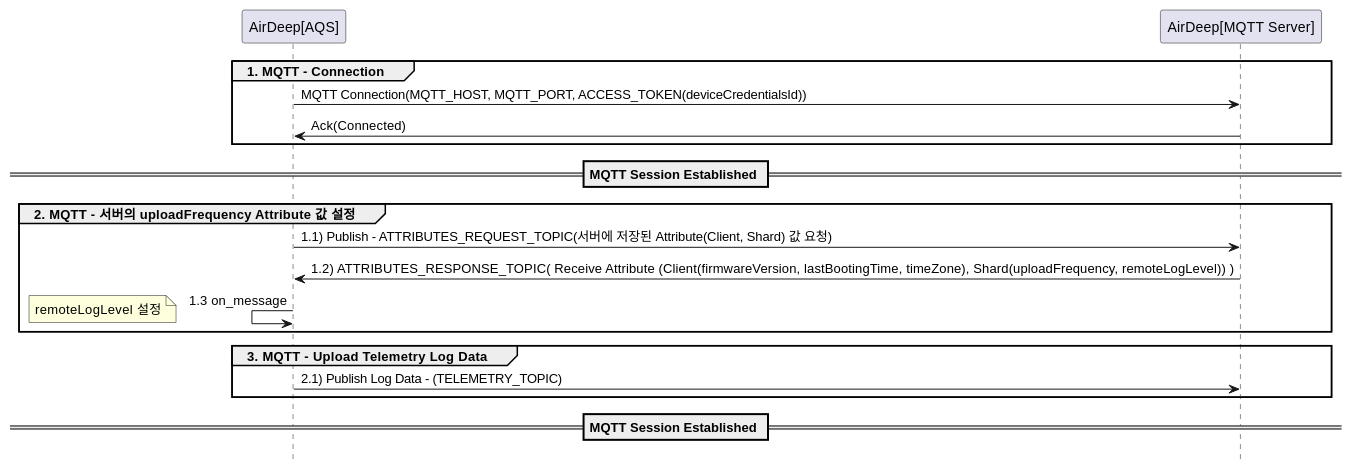
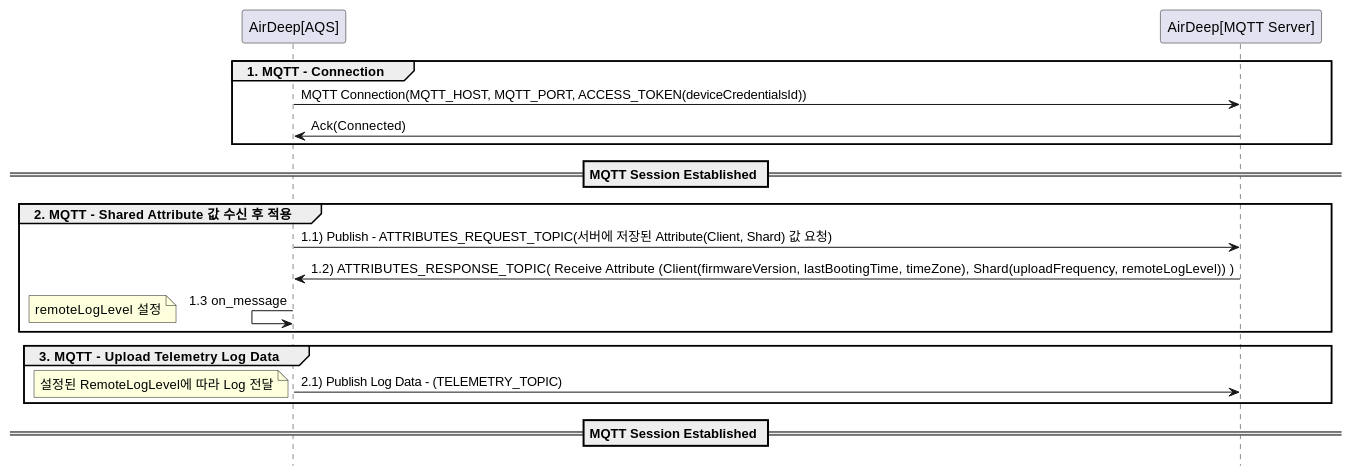
Before and after one commit to RTdataLab/DE-ADeep-API-Guide: the diagram in docs/MQTT-API-3.UploadTelemetryLogData.md, drawn with PlantUML. The commit also changed other lines of this file and 4 other files, not shown here.

````diff
--- a/docs/MQTT-API-3.UploadTelemetryLogData.md
+++ b/docs/MQTT-API-3.UploadTelemetryLogData.md
@@ -63,26 +64,27 @@
    ```plantuml
    @startuml
      participant "AirDeep[AQS]" order 1
      participant "AirDeep[MQTT Server]" order 2
      hide footbox
 
      group 1. MQTT - Connection
       "AirDeep[AQS]" -> "AirDeep[MQTT Server]" : MQTT Connection(MQTT_HOST, MQTT_PORT, ACCESS_TOKEN(deviceCredentialsId))
       "AirDeep[AQS]" <- "AirDeep[MQTT Server]"  : Ack(Connected)
      end
 
      == MQTT Session Established ==
-     group 2. MQTT - 서버의 uploadFrequency Attribute 값 설정 
+     group 2. MQTT - Shared Attribute 값 수신 후 적용
      "AirDeep[AQS]" -> "AirDeep[MQTT Server]" : 1.1) Publish - ATTRIBUTES_REQUEST_TOPIC(서버에 저장된 Attribute(Client, Shard) 값 요청)
      "AirDeep[AQS]" <- "AirDeep[MQTT Server]" : 1.2) ATTRIBUTES_RESPONSE_TOPIC( Receive Attribute (Client(firmwareVersion, lastBootingTime, timeZone), Shard(uploadFrequency, remoteLogLevel)) )
      "AirDeep[AQS]" <- "AirDeep[AQS]" : 1.3 on_message
      note left: remoteLogLevel 설정
      end
 
      group 3. MQTT - Upload Telemetry Log Data
        "AirDeep[AQS]" -> "AirDeep[MQTT Server]" : 2.1) Publish Log Data - (TELEMETRY_TOPIC) 
+       note left: 설정된 RemoteLogLevel에 따라 Log 전달
      end
      
      == MQTT Session Established ==
    @enduml
    ```
````
